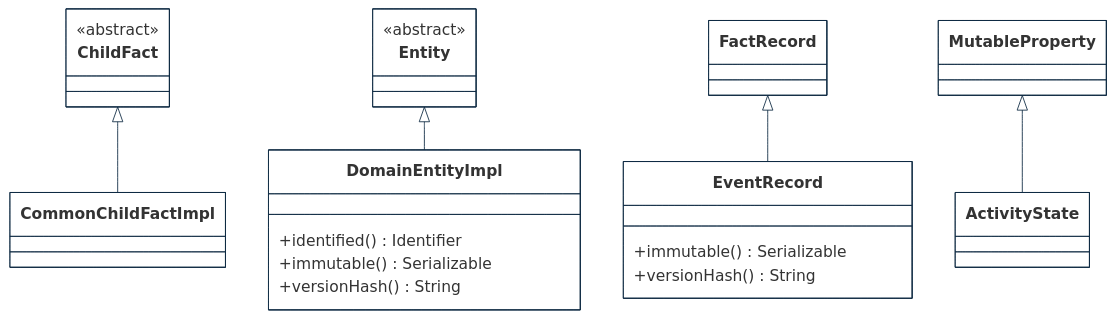
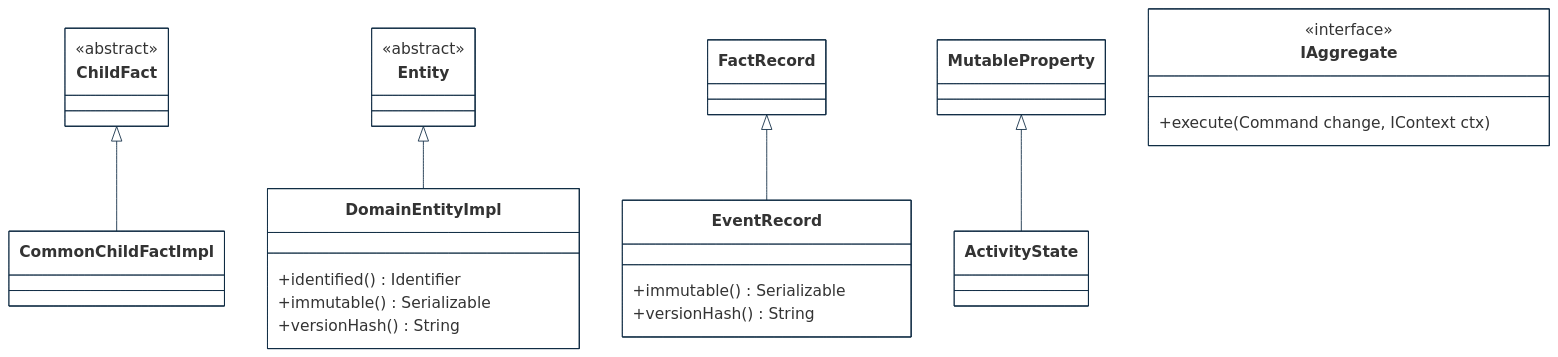
One commit to cybnity/foundation changed the second of 5 diagrams in implementations-line/framework/domain/designview-packages.md. Above: the diagram before and after it, drawn with Mermaid.

````diff
--- a/implementations-line/framework/domain/designview-packages.md
+++ b/implementations-line/framework/domain/designview-packages.md
@@ -60,41 +56,45 @@
 ```mermaid
 %%{
   init: {
     'theme': 'base',
     'themeVariables': {
         'background': '#ffffff',
         'fontFamily': 'arial',
         'fontSize': '18px',
         'primaryColor': '#fff',
         'primaryBorderColor': '#0e2a43',
         'secondaryBorderColor': '#0e2a43',
         'tertiaryBorderColor': '#0e2a43',
         'edgeLabelBackground':'#0e2a43',
         'lineColor': '#0e2a43',
         'tertiaryColor': '#fff'
     }
   }
 }%%
 classDiagram
     ChildFact <|-- CommonChildFactImpl
     Entity <|-- DomainEntityImpl
     FactRecord <|-- EventRecord
     MutableProperty <|-- ActivityState
 
+    class IAggregate {
+        <<interface>>
+        +execute(Command change, IContext ctx)
+    }
     class Entity {
         <<abstract>>
     }
     class DomainEntityImpl {
         +identified() Identifier
         +immutable() Serializable
         +versionHash() String
     }
     class ChildFact {
         <<abstract>>
     }
     class EventRecord {
         +immutable() Serializable
         +versionHash() String
     }
 
 ```
````
